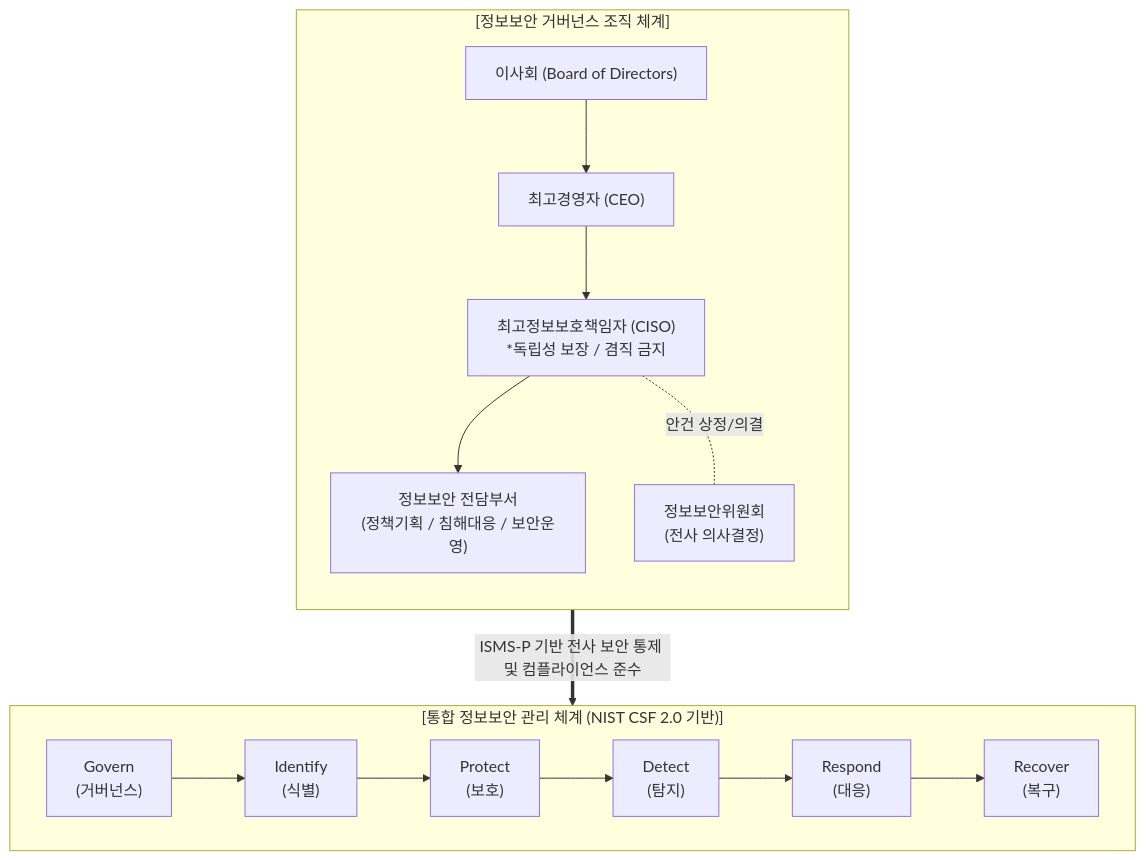
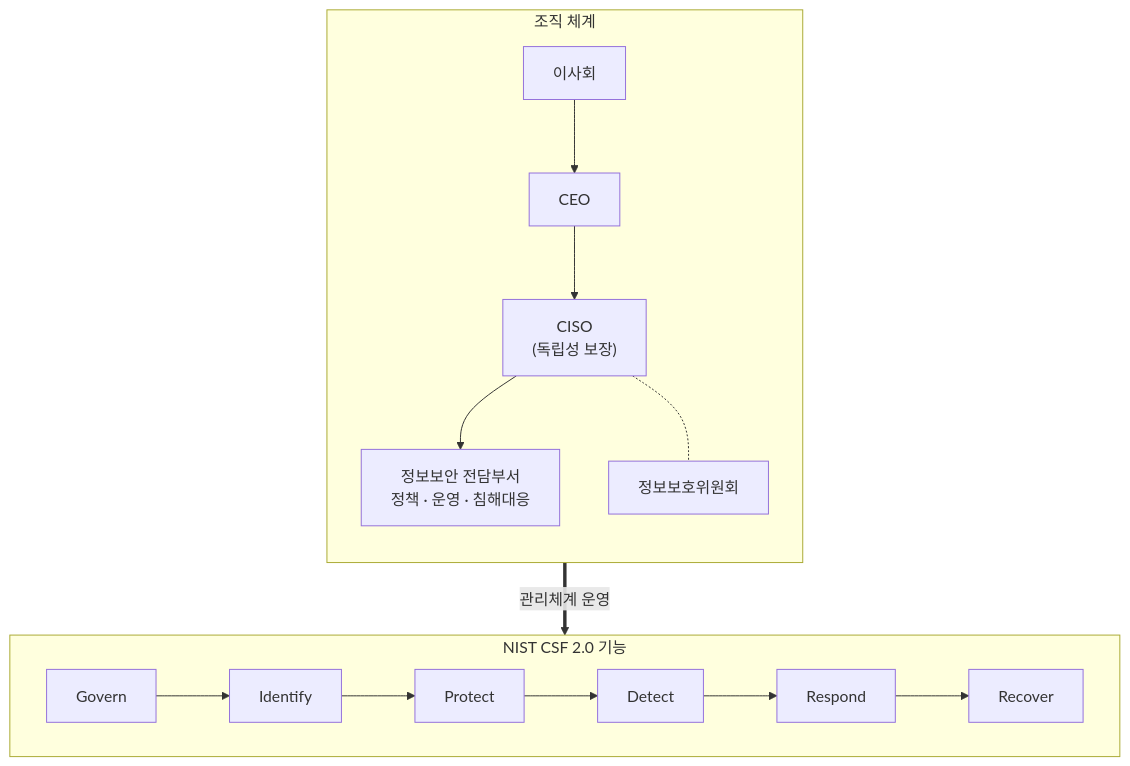
Before and after one commit to supremethumb/supremethumb.github.io: the diagram in content/01_IT Tech/정보보안 부서의 신설과 정보보안 체계.md, drawn with Mermaid. The commit also changed other lines of this file and 1087 other files, not shown here.

````diff
--- a/content/01_IT Tech/정보보안 부서의 신설과 정보보안 체계.md
+++ b/content/01_IT Tech/정보보안 부서의 신설과 정보보안 체계.md
@@ -23,28 +33,15 @@
 ```mermaid
 flowchart TB
-    subgraph Governance["[정보보안 거버넌스 조직 체계]"]
+    subgraph GOV["조직 체계"]
         direction TB
-        BOD["이사회 (Board of Directors)"]
-        CEO["최고경영자 (CEO)"]
-        CISO["최고정보보호책임자 (CISO)<br/>*독립성 보장 / 겸직 금지"]
-        Committee["정보보안위원회<br/>(전사 의사결정)"]
-        SecDept["정보보안 전담부서<br/>(정책기획 / 침해대응 / 보안운영)"]
-
-        BOD --> CEO
-        CEO --> CISO
-        CISO --> SecDept
-        CISO -. "안건 상정/의결" .- Committee
+        BOD["이사회"] --> CEO["CEO"]
+        CEO --> CISO["CISO<br/>(독립성 보장)"]
+        CISO --> DEPT["정보보안 전담부서<br/>정책 · 운영 · 침해대응"]
+        CISO -.- COM["정보보호위원회"]
     end
-
-    subgraph Framework["[통합 정보보안 관리 체계 (NIST CSF 2.0 기반)]"]
+    subgraph CSF["NIST CSF 2.0 기능"]
         direction LR
-        Govern["Govern<br/>(거버넌스)"] --> Identify["Identify<br/>(식별)"]
-        Identify --> Protect["Protect<br/>(보호)"]
-        Protect --> Detect["Detect<br/>(탐지)"]
-        Detect --> Respond["Respond<br/>(대응)"]
-        Respond --> Recover["Recover<br/>(복구)"]
+        G["Govern"] --> I["Identify"] --> P["Protect"] --> D["Detect"] --> RS["Respond"] --> RC["Recover"]
     end
-
-    SecDept == "ISMS-P 기반 전사 보안 통제 및 컴플라이언스 준수" ==> Framework
-
+    DEPT ==>|"관리체계 운영"| CSF
 ```
````
